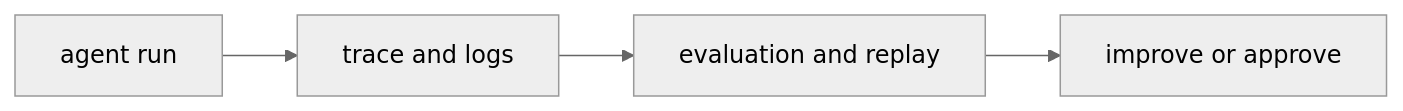
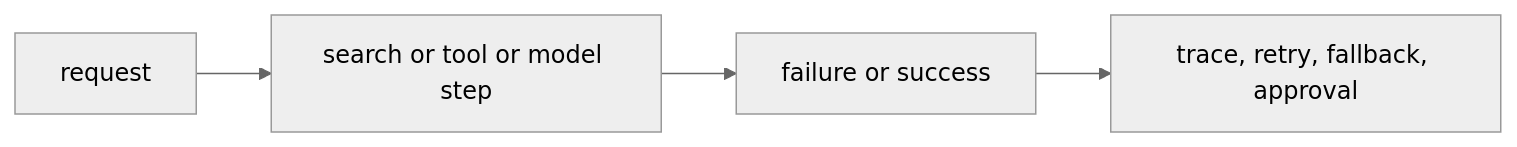
One commit to devchan64/AiBook changed the diagram in docs/parts/part-05/chapter-16/section-02.md. Above: the diagram before and after it, drawn with Mermaid (neutral theme). The commit also changed other lines of this file and 47 other files, not shown here.

````diff
--- a/docs/parts/part-05/chapter-16/section-02.md
+++ b/docs/parts/part-05/chapter-16/section-02.md
@@ -119,9 +147,9 @@
 ```mermaid
 flowchart LR
-  A["agent run"]
-  B["trace and logs"]
-  C["evaluation and replay"]
-  D["improve or approve"]
+  A["request"]
+  B["search or tool or model step"]
+  C["failure or success"]
+  D["trace, retry, fallback, approval"]
 
   A --> B --> C --> D
 ```
````
